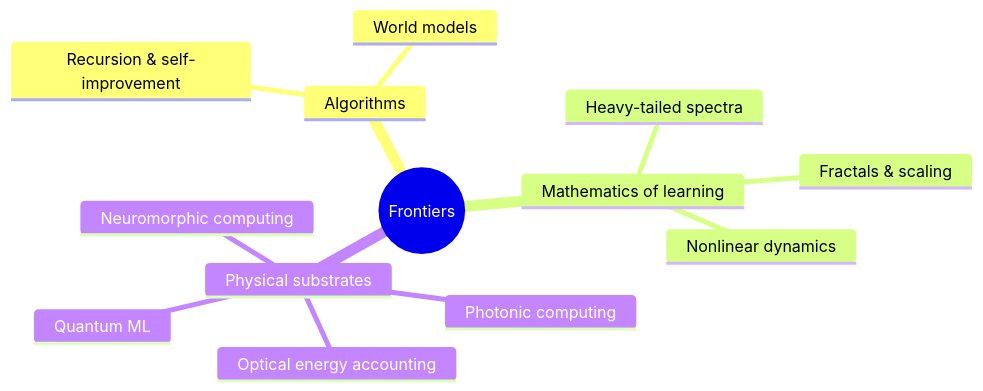
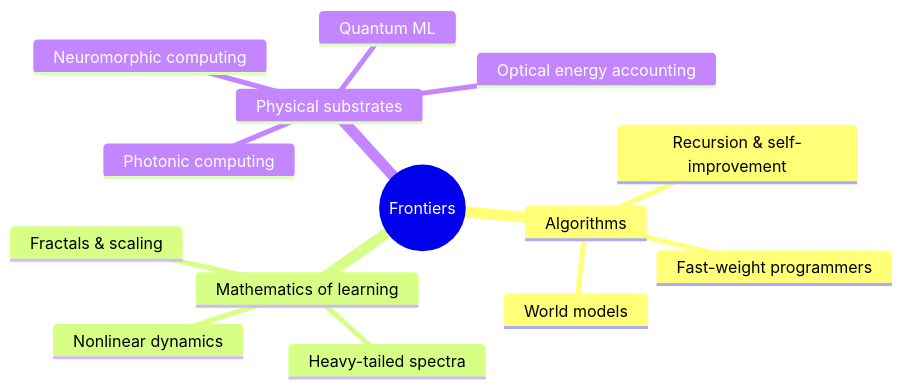
The diagram in docs/06-frontiers/README.md (marcpoliquin5/understanding-ai), drawn with Mermaid before and after one commit. The commit also changed other lines of this file and 6 other files, not shown here.

Commit message:
Add Fast-weight programmers and self-referential networks page (Frontiers) with 20 checked references

````diff
--- a/docs/06-frontiers/README.md
+++ b/docs/06-frontiers/README.md
@@ -21,16 +22,17 @@
 ```mermaid
 mindmap
   root((Frontiers))
     Algorithms
       Recursion & self-improvement
+      Fast-weight programmers
       World models
     Mathematics of learning
       Fractals & scaling
       Heavy-tailed spectra
       Nonlinear dynamics
     Physical substrates
       Photonic computing
       Optical energy accounting
       Neuromorphic computing
       Quantum ML
 ```
````
